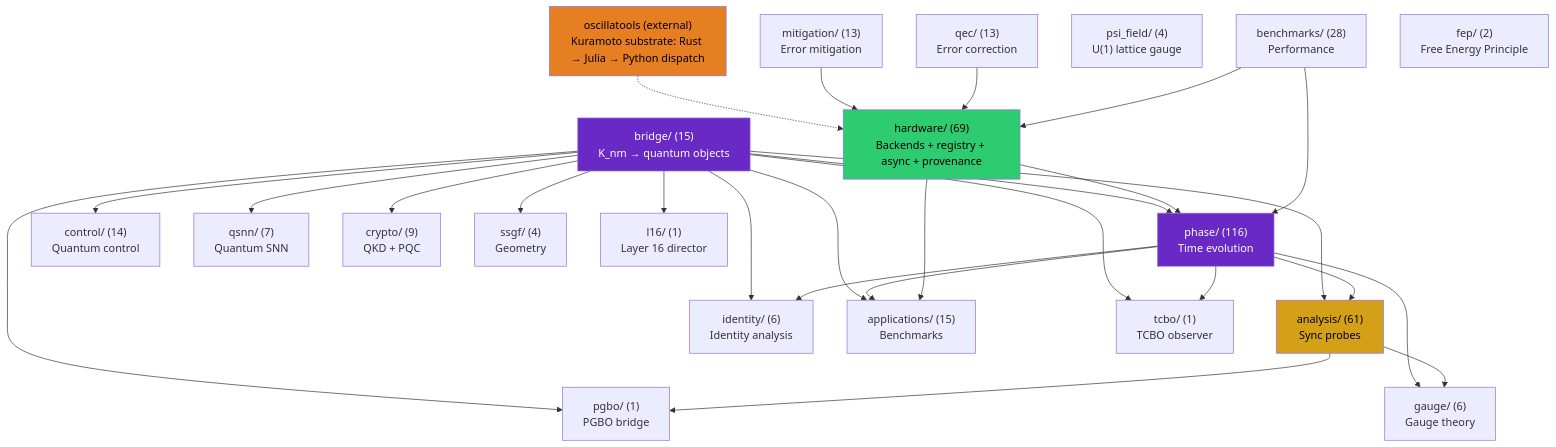
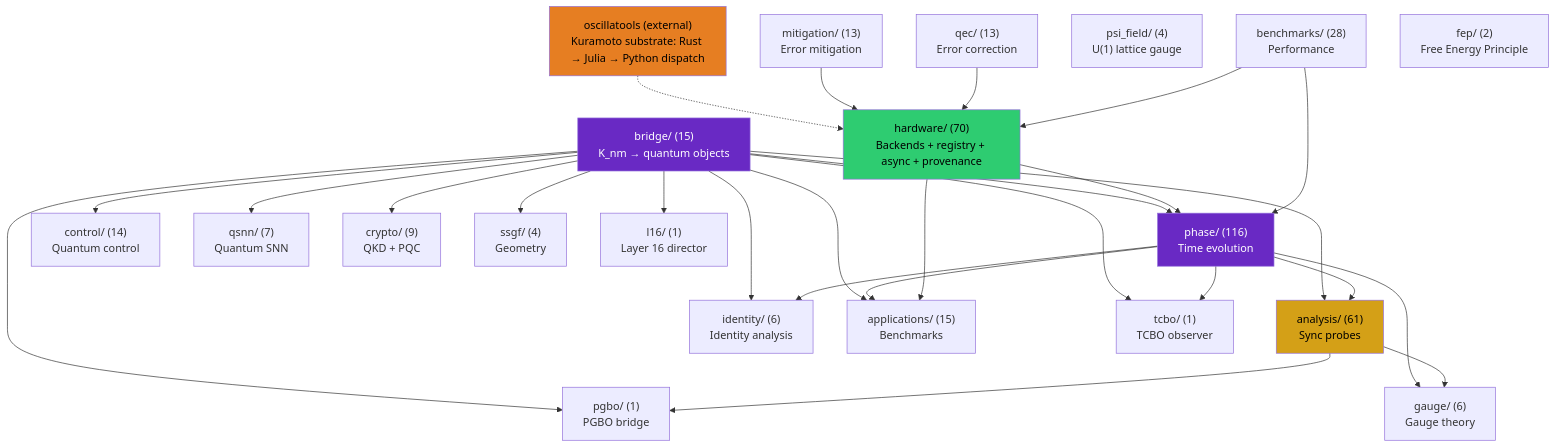
Before and after one commit to anulum/scpn-quantum-control: the first of 4 diagrams in docs/architecture.md, drawn with Mermaid. The commit also changed other lines of this file and 8 other files, not shown here.

````diff
--- a/docs/architecture.md
+++ b/docs/architecture.md
@@ -362,55 +362,55 @@
 ```mermaid
 graph TD
     bridge["bridge/ (15)\nK_nm → quantum objects"]
     phase["phase/ (116)\nTime evolution"]
     analysis["analysis/ (61)\nSync probes"]
     control["control/ (14)\nQuantum control"]
     qsnn["qsnn/ (7)\nQuantum SNN"]
     identity["identity/ (6)\nIdentity analysis"]
-    hardware["hardware/ (69)\nBackends + registry + async + provenance"]
+    hardware["hardware/ (70)\nBackends + registry + async + provenance"]
     mitigation["mitigation/ (13)\nError mitigation"]
     qec["qec/ (13)\nError correction"]
     gauge["gauge/ (6)\nGauge theory"]
     apps["applications/ (15)\nBenchmarks"]
     crypto["crypto/ (9)\nQKD + PQC"]
     benchmarks["benchmarks/ (28)\nPerformance"]
     ssgf["ssgf/ (4)\nGeometry"]
     psi_field["psi_field/ (4)\nU(1) lattice gauge"]
     oscillatools["oscillatools (external)\nKuramoto substrate: Rust → Julia → Python dispatch"]
     fep["fep/ (2)\nFree Energy Principle"]
     tcbo["tcbo/ (1)\nTCBO observer"]
     pgbo["pgbo/ (1)\nPGBO bridge"]
     l16["l16/ (1)\nLayer 16 director"]
 
     bridge --> phase
     bridge --> analysis
     bridge --> control
     bridge --> qsnn
     bridge --> identity
     bridge --> apps
     bridge --> crypto
     bridge --> ssgf
     phase --> analysis
     phase --> identity
     phase --> apps
     phase --> gauge
     analysis --> gauge
     hardware --> phase
     hardware --> apps
     oscillatools -.-> hardware
     mitigation --> hardware
     qec --> hardware
     benchmarks --> phase
     benchmarks --> hardware
     bridge --> tcbo
     bridge --> pgbo
     bridge --> l16
     phase --> tcbo
     analysis --> pgbo
 
     style bridge fill:#6929C4,color:#fff
     style analysis fill:#d4a017,color:#000
     style phase fill:#6929C4,color:#fff
     style hardware fill:#2ecc71,color:#000
     style oscillatools fill:#e67e22,color:#000
 ```
````
